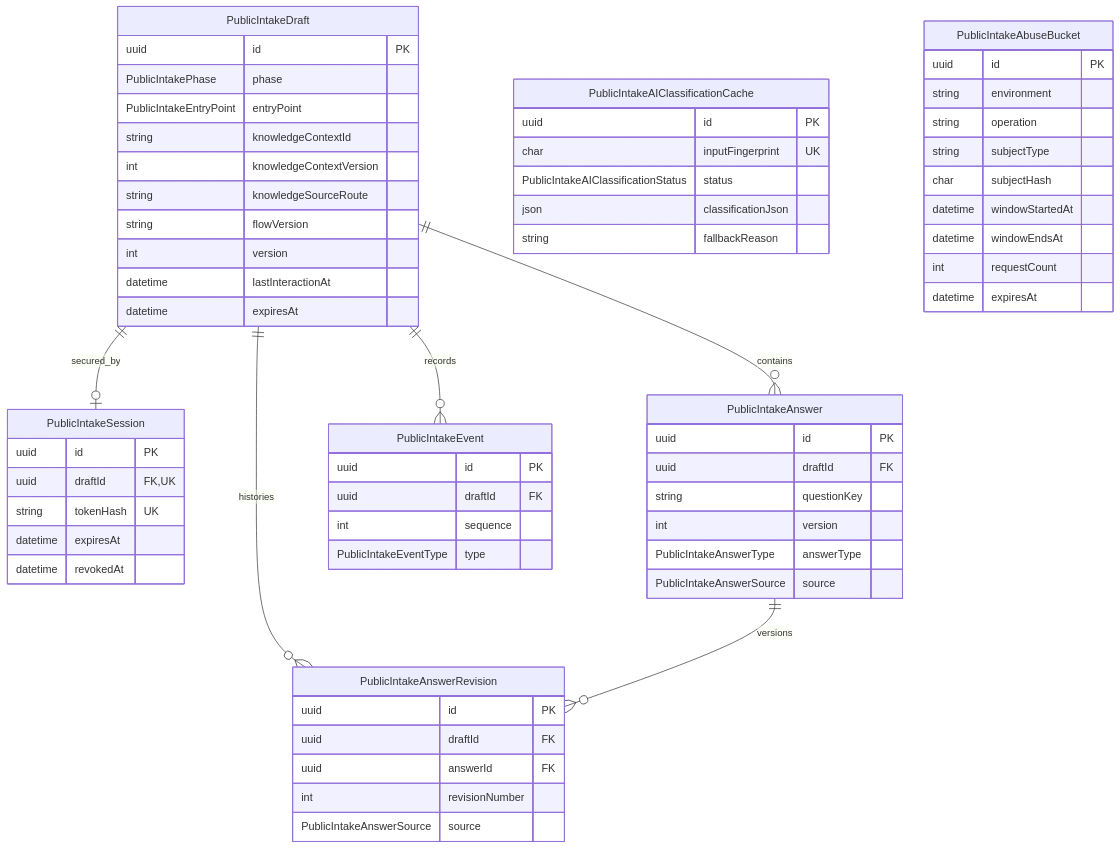
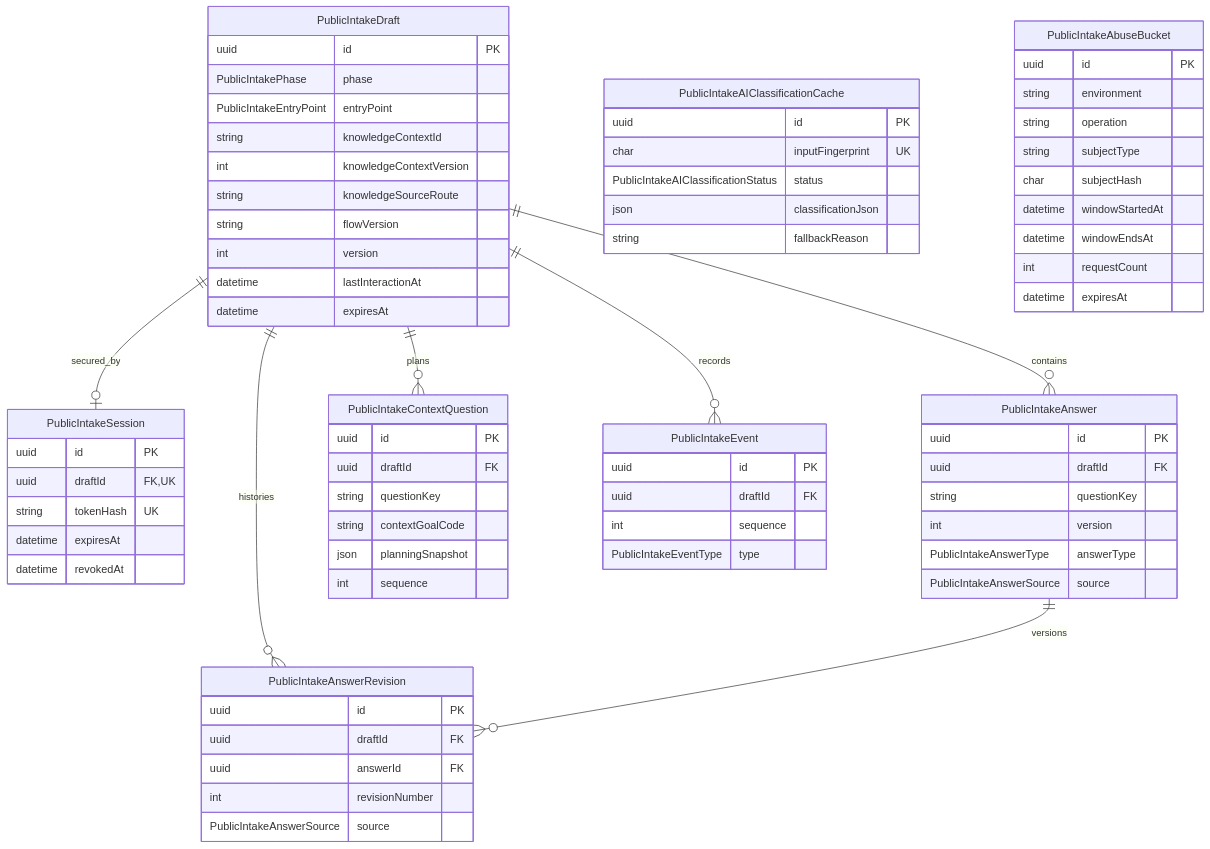
One commit to WorkMatchr/platform changed the second of 18 diagrams in docs/ERD.md. Above: the diagram before and after it, drawn with Mermaid. The commit also changed other lines of this file and 28 other files, not shown here.

Commit message:
Ground public intake questions in knowledge context

````diff
--- a/docs/ERD.md
+++ b/docs/ERD.md
@@ -33,66 +33,75 @@
 ```mermaid
 erDiagram
   PublicIntakeDraft ||--o| PublicIntakeSession : secured_by
   PublicIntakeDraft ||--o{ PublicIntakeAnswer : contains
+  PublicIntakeDraft ||--o{ PublicIntakeContextQuestion : plans
   PublicIntakeDraft ||--o{ PublicIntakeAnswerRevision : histories
   PublicIntakeDraft ||--o{ PublicIntakeEvent : records
   PublicIntakeAnswer ||--o{ PublicIntakeAnswerRevision : versions
   PublicIntakeAIClassificationCache {
     uuid id PK
     char inputFingerprint UK
     PublicIntakeAIClassificationStatus status
     json classificationJson
     string fallbackReason
   }
   PublicIntakeAbuseBucket {
     uuid id PK
     string environment
     string operation
     string subjectType
     char subjectHash
     datetime windowStartedAt
     datetime windowEndsAt
     int requestCount
     datetime expiresAt
   }
   PublicIntakeDraft {
     uuid id PK
     PublicIntakePhase phase
     PublicIntakeEntryPoint entryPoint
     string knowledgeContextId
     int knowledgeContextVersion
     string knowledgeSourceRoute
     string flowVersion
     int version
     datetime lastInteractionAt
     datetime expiresAt
   }
   PublicIntakeSession {
     uuid id PK
     uuid draftId FK,UK
     string tokenHash UK
     datetime expiresAt
     datetime revokedAt
   }
   PublicIntakeAnswer {
     uuid id PK
     uuid draftId FK
     string questionKey
     int version
     PublicIntakeAnswerType answerType
     PublicIntakeAnswerSource source
   }
+  PublicIntakeContextQuestion {
+    uuid id PK
+    uuid draftId FK
+    string questionKey
+    string contextGoalCode
+    json planningSnapshot
+    int sequence
+  }
   PublicIntakeAnswerRevision {
     uuid id PK
     uuid draftId FK
     uuid answerId FK
     int revisionNumber
     PublicIntakeAnswerSource source
   }
   PublicIntakeEvent {
     uuid id PK
     uuid draftId FK
     int sequence
     PublicIntakeEventType type
   }
 ```
````
